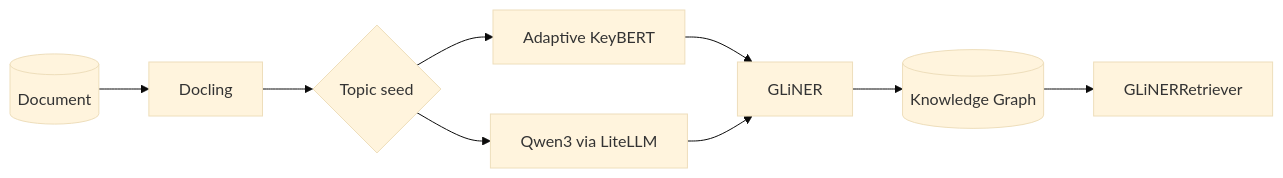
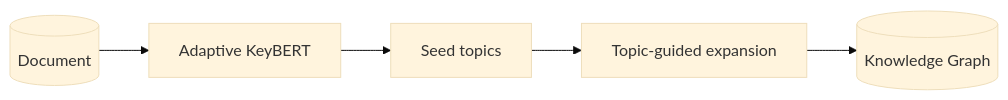
The diagram in docs/approaches/adaptive_keybert_gliner.md (AlbertoVilla87/kgraph), drawn with Mermaid (base theme) before and after one commit. The commit also changed other lines of this file and 12 other files, not shown here.

Commit message:
Add LLM-free topic-guided graph discovery with spaCy dependency relations

````diff
--- a/docs/approaches/adaptive_keybert_gliner.md
+++ b/docs/approaches/adaptive_keybert_gliner.md
@@ -5,11 +5,7 @@
 ```mermaid
 flowchart LR
-    A[(Document)] --> B[Docling]
-    B --> C{Topic seed}
-    C --> D[Adaptive KeyBERT]
-    C --> E[Qwen3 via LiteLLM]
-    D --> F[GLiNER]
-    E --> F
-    F --> G[(Knowledge Graph)]
-    G --> H[GLiNERRetriever]
+    A[(Document)] --> B[Adaptive KeyBERT]
+    B --> C[Seed topics]
+    C --> D[Topic-guided expansion]
+    D --> G[(Knowledge Graph)]
 ```
````
